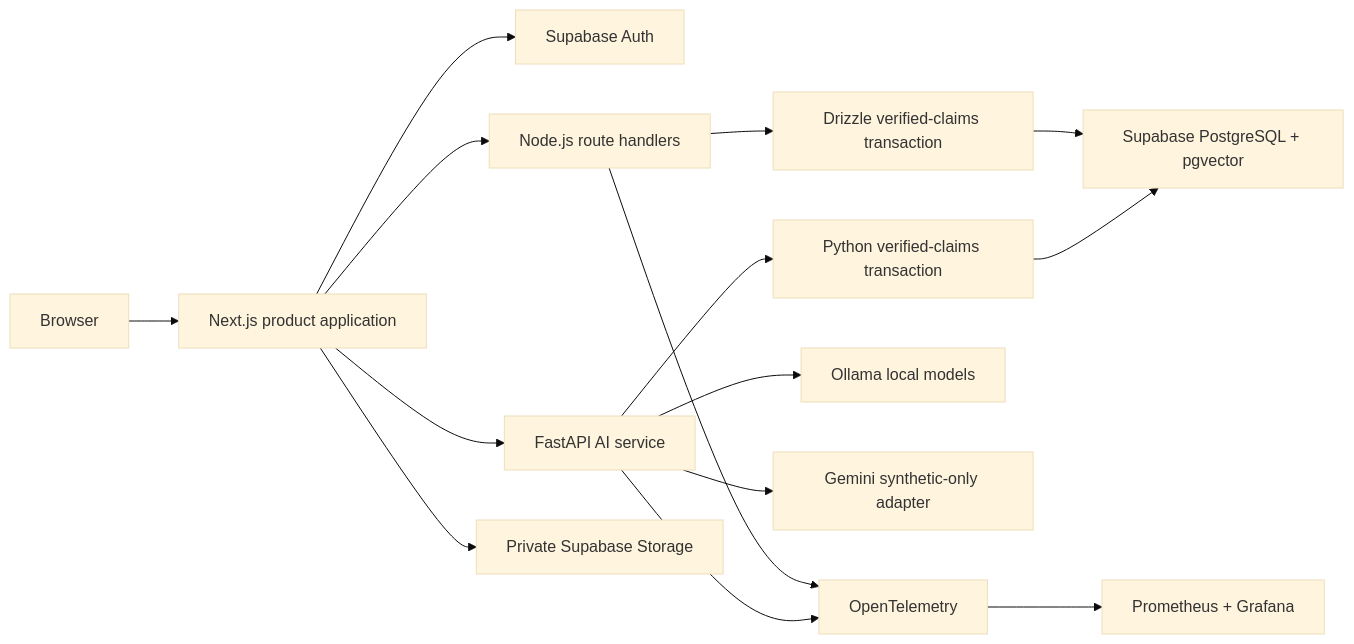
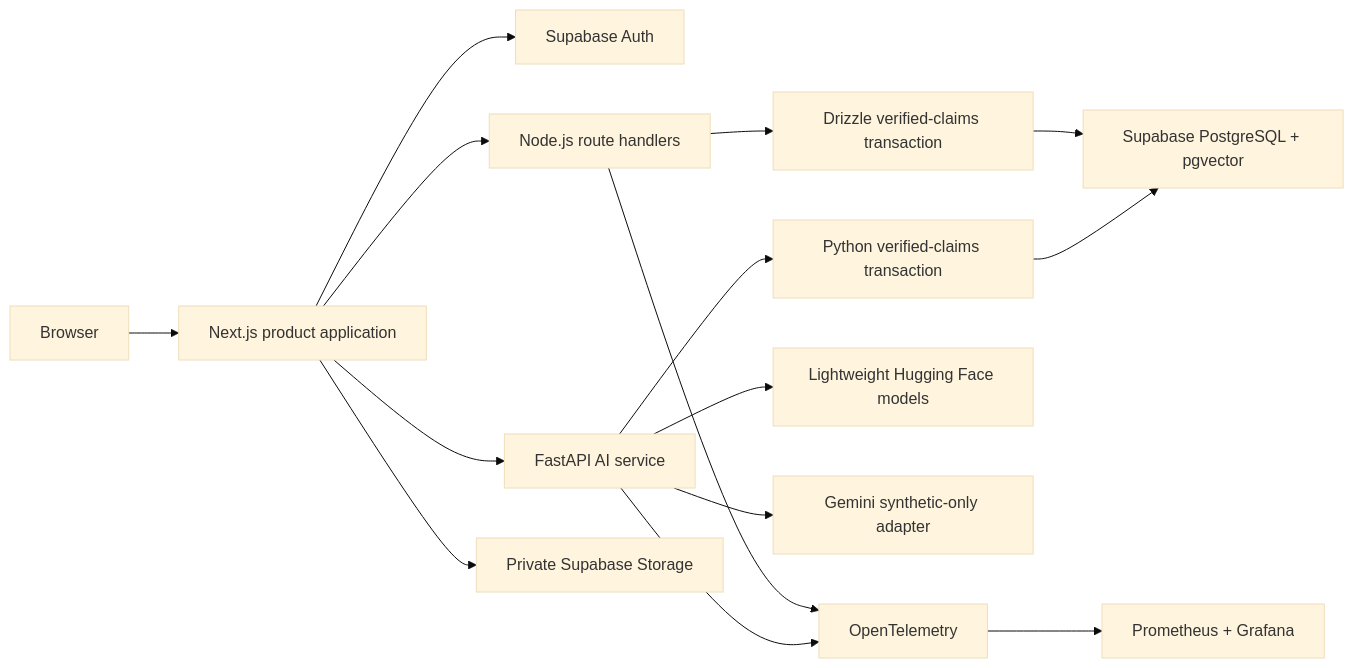
One commit to Cyril-36/clientatlas changed the diagram in README.md. Above: the diagram before and after it, drawn with Mermaid (base theme). The commit also changed other lines of this file and 33 other files, not shown here.

Commit message:
feat(ai): use lightweight Hugging Face models

````diff
--- a/README.md
+++ b/README.md
@@ -44,17 +44,17 @@
 ```mermaid
 flowchart LR
     U["Browser"] --> N["Next.js product application"]
     N --> A["Supabase Auth"]
     N --> T["Node.js route handlers"]
     T --> D["Drizzle verified-claims transaction"]
     N --> F["FastAPI AI service"]
     F --> P["Python verified-claims transaction"]
     D --> DB["Supabase PostgreSQL + pgvector"]
     P --> DB
     N --> S["Private Supabase Storage"]
-    F --> O["Ollama local models"]
+    F --> H["Lightweight Hugging Face models"]
     F --> G["Gemini synthetic-only adapter"]
     T --> OT["OpenTelemetry"]
     F --> OT
     OT --> M["Prometheus + Grafana"]
 ```
````
